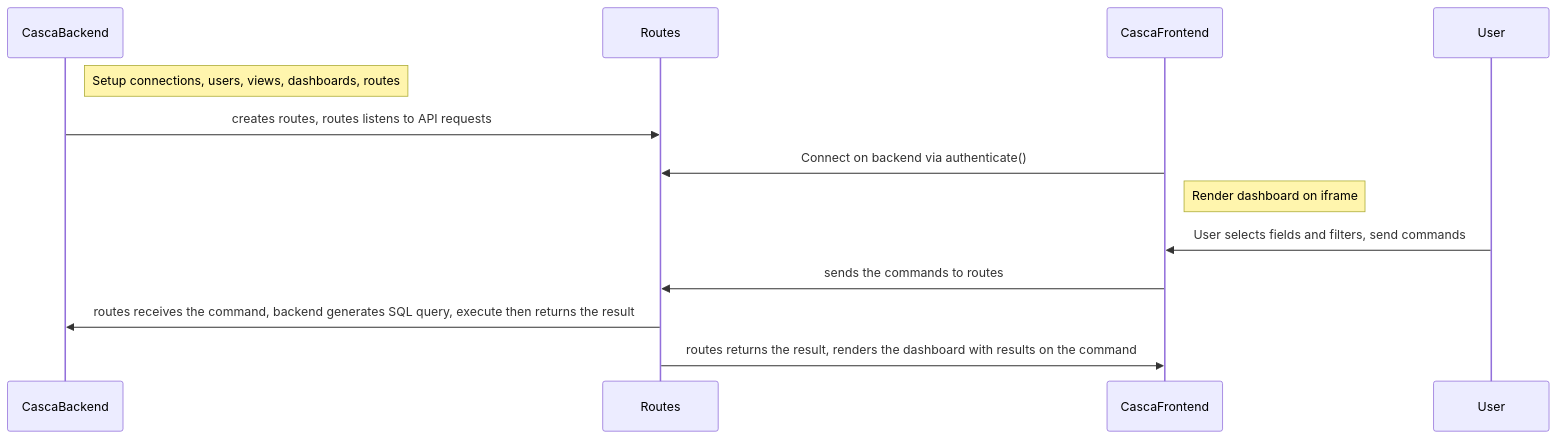
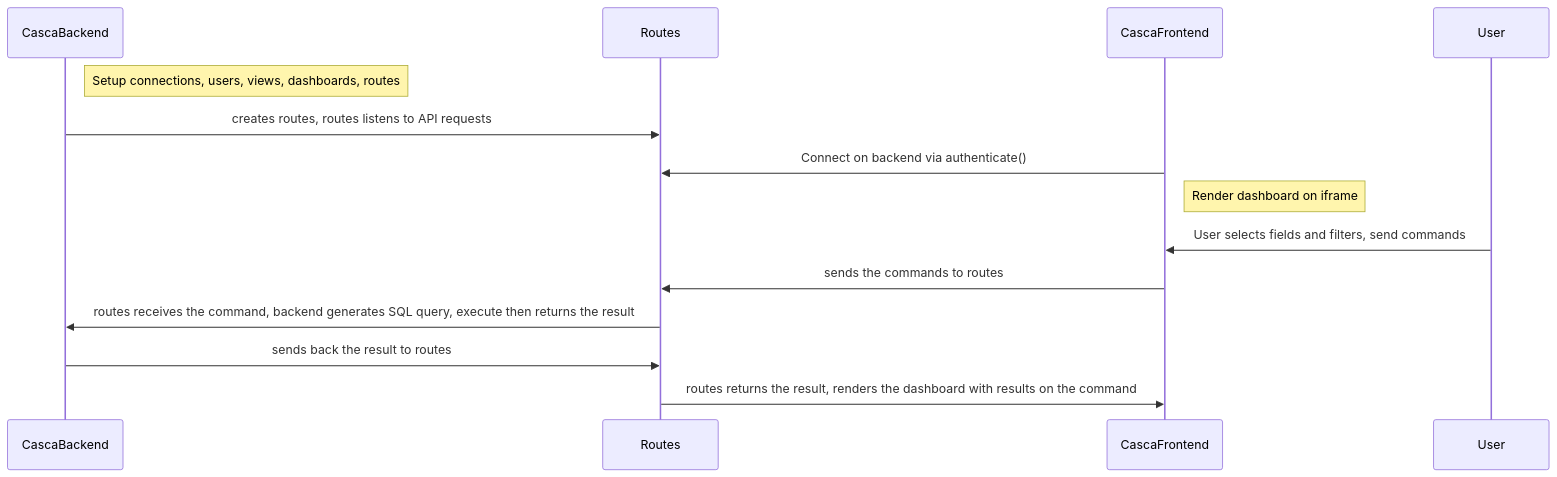
One commit to gfreecs0510/Casca changed the diagram in README.md. Above: the diagram before and after it, drawn with Mermaid.

Commit message:
reaadme-styling
added another sequence

````diff
--- a/README.md
+++ b/README.md
@@ -33,22 +33,23 @@
 ```mermaid
     sequenceDiagram;
       participant CascaBackend
       participant Routes
       participant CascaFrontend
       participant User
       
       Note right of CascaBackend: Setup connections, users, views, dashboards, routes      
       CascaBackend->>Routes: creates routes, routes listens to API requests
       
       
       
       CascaFrontend->>Routes: Connect on backend via authenticate()
       Note right of CascaFrontend: Render dashboard on iframe
       
       
       User->>CascaFrontend: User selects fields and filters, send commands
       CascaFrontend->>Routes: sends the commands to routes
       
       Routes->>CascaBackend: routes receives the command, backend generates SQL query, execute then returns the result
+      CascaBackend->>Routes: sends back the result to routes
       Routes->>CascaFrontend: routes returns the result, renders the dashboard with results on the command
 ```
````
